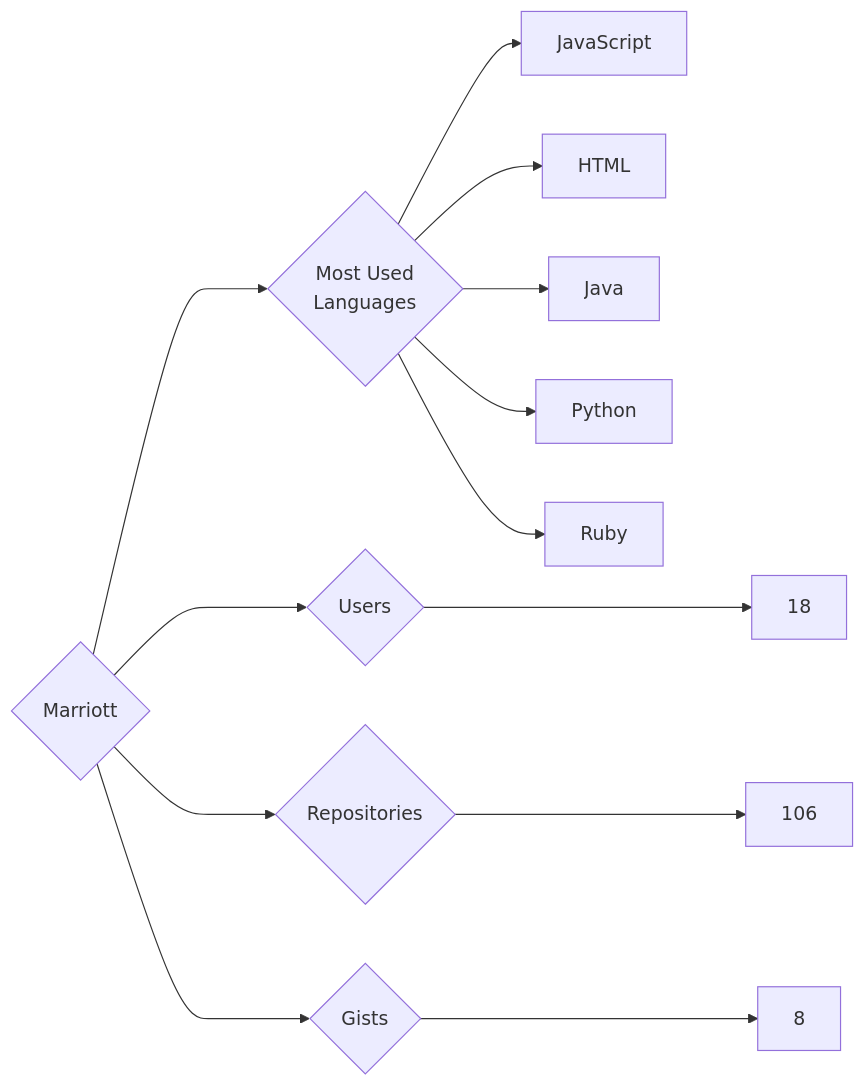
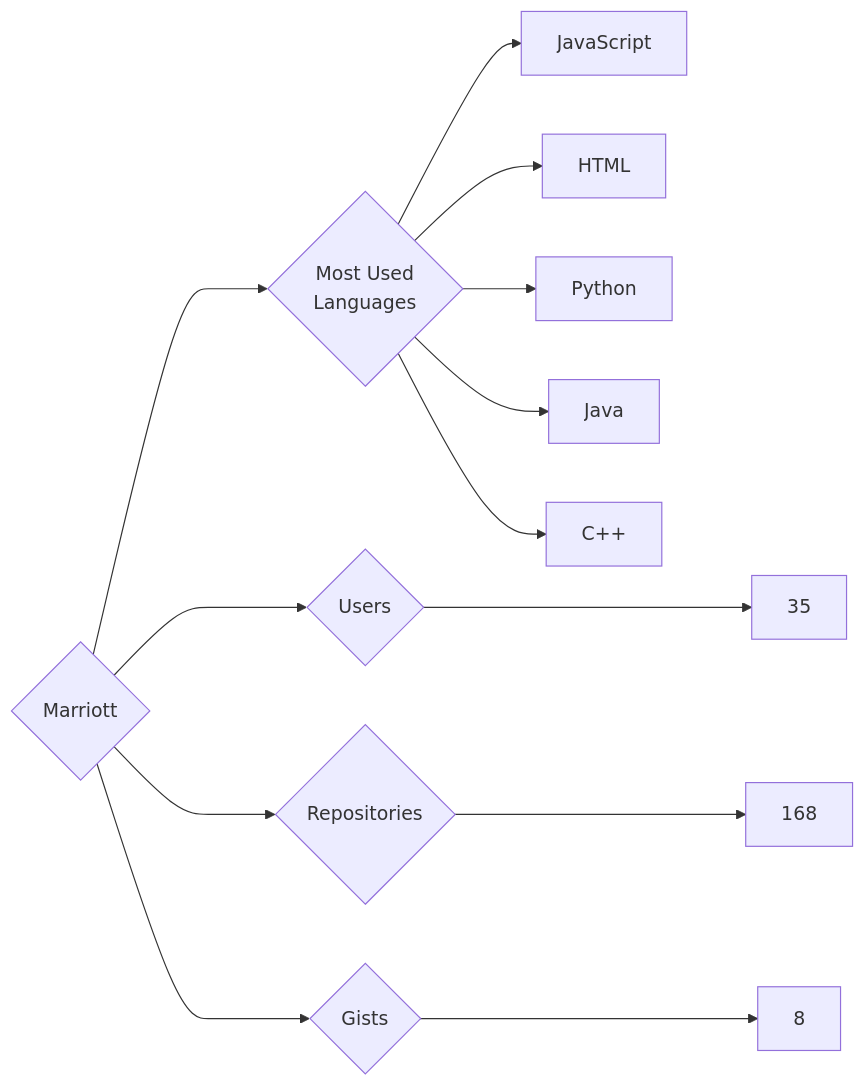
Before and after one commit to trickest/insiders: the diagram in targets/Marriott/README.md, drawn with Mermaid. The commit also changed 682 other files, not shown here.

````diff
--- a/targets/Marriott/README.md
+++ b/targets/Marriott/README.md
@@ -3,13 +3,13 @@
 ```mermaid
 graph LR
 COMPANY_NAME{Marriott}
-COMPANY_NAME ---> U{Users} ---> UN[18]
-COMPANY_NAME ---> R{Repositories} ---> RN[106]
+COMPANY_NAME ---> U{Users} ---> UN[35]
+COMPANY_NAME ---> R{Repositories} ---> RN[168]
 COMPANY_NAME ---> G{Gists} ---> GN[8]
 COMPANY_NAME ---> ML{Most Used<br>Languages}
 ML --> JavaScript[JavaScript]
 ML --> HTML[HTML]
+ML --> Python[Python]
 ML --> Java[Java]
-ML --> Python[Python]
-ML --> Ruby[Ruby]
+ML --> C++[C++]
 ```
````
